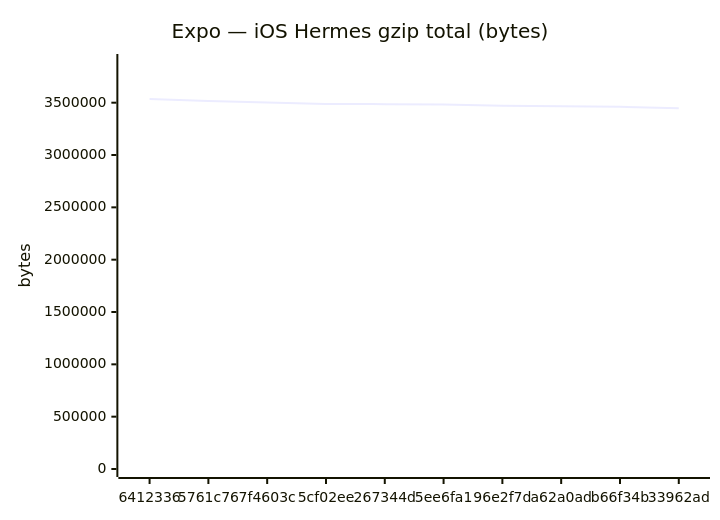
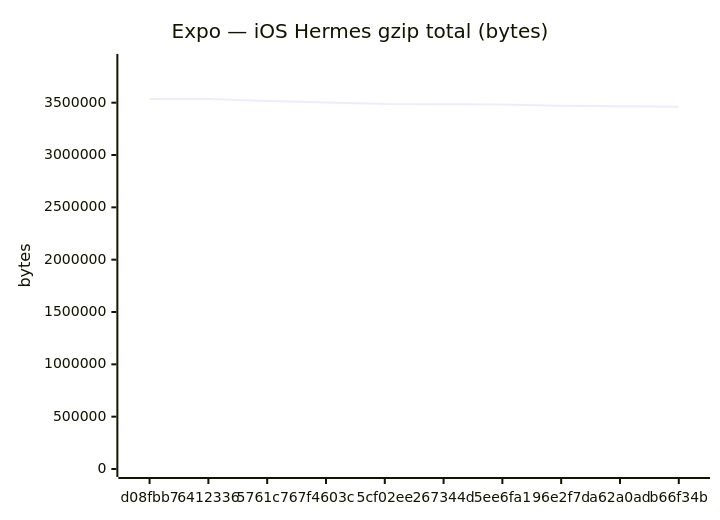
Before and after one commit to Metaheurist/Rianell: the sixth of 18 diagrams in benchmarks/compare.md, drawn with Mermaid. The commit also changed other lines of this file and 11 other files, not shown here.

````diff
--- a/benchmarks/compare.md
+++ b/benchmarks/compare.md
@@ -96,7 +96,7 @@
 ```mermaid
 xychart-beta
     title "Expo — iOS Hermes gzip total (bytes)"
-    x-axis ["6412336", "5761c76", "7f4603c", "5cf02ee", "267344d", "5ee6fa1", "96e2f7d", "a62a0ad", "b66f34b", "33962ad"]
+    x-axis ["d08fbb7", "6412336", "5761c76", "7f4603c", "5cf02ee", "267344d", "5ee6fa1", "96e2f7d", "a62a0ad", "b66f34b"]
     y-axis "bytes" 0 --> 3888801
-    line [3535273, 3515861, 3502937, 3488256, 3486228, 3483393, 3471867, 3466755, 3460455, 3446796]
+    line [3534279, 3535273, 3515861, 3502937, 3488256, 3486228, 3483393, 3471867, 3466755, 3460455]
 ```
````
